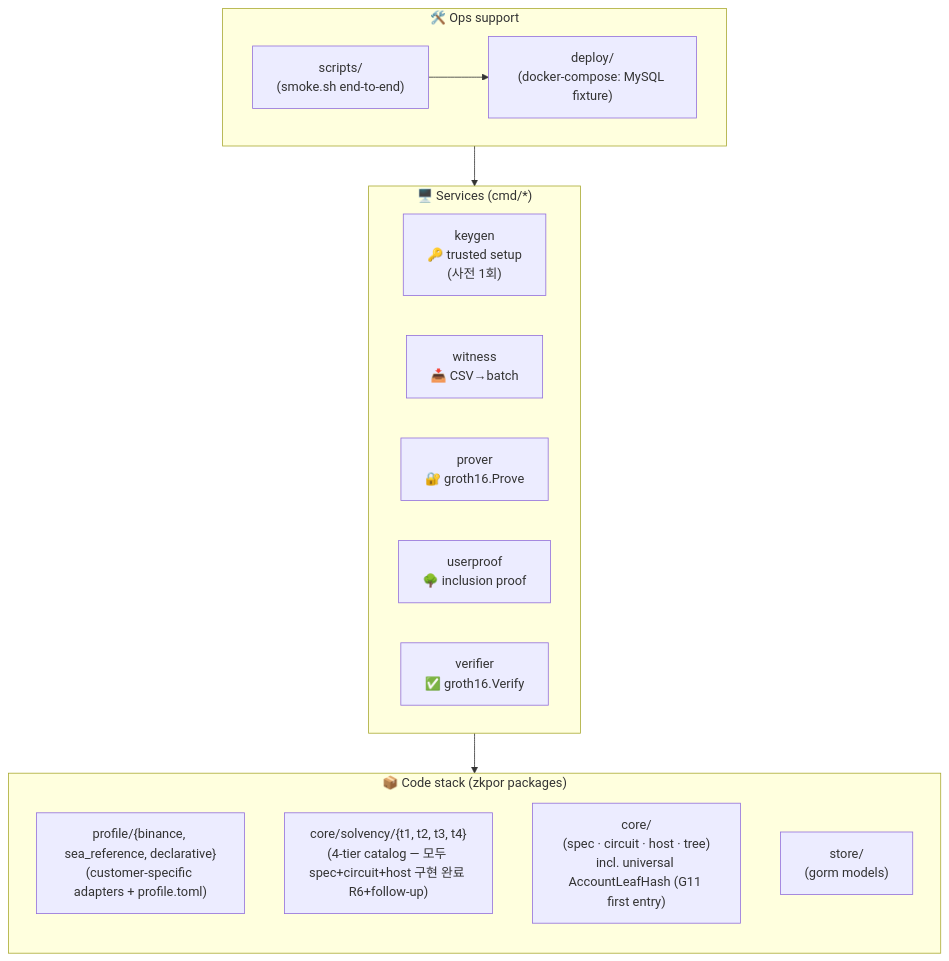
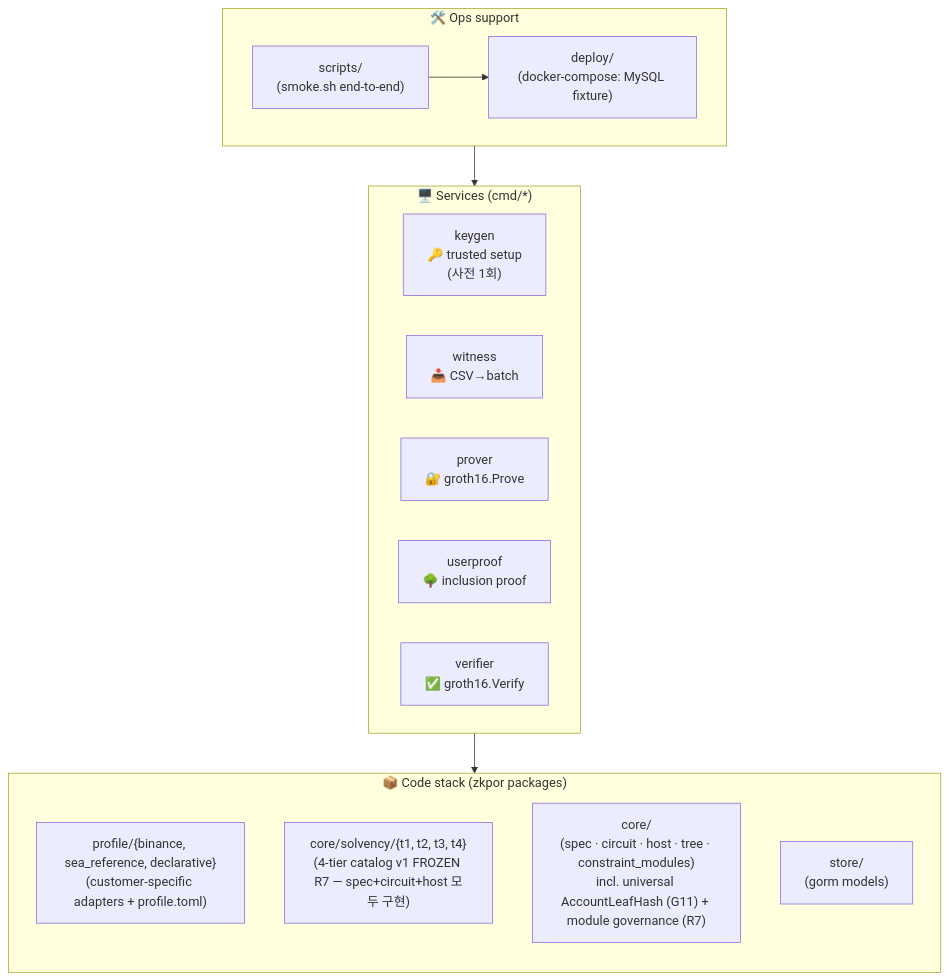
Before and after one commit to BetweenBits-org/zk-pos-ext: the second of 6 diagrams in docs/03-system-architecture.md, drawn with Mermaid. The commit also changed other lines of this file and 2 other files, not shown here.

First line of the commit message:
docs(handoff+roadmap+arch): close R7 — V1 catalog freeze 완료

````diff
--- a/docs/03-system-architecture.md
+++ b/docs/03-system-architecture.md
@@ -43,29 +52,29 @@
 ```mermaid
 flowchart TB
   subgraph Services["🖥️ Services (cmd/*)"]
     direction LR
     K["keygen<br/>🔑 trusted setup<br/>(사전 1회)"]
     W["witness<br/>📥 CSV→batch"]
     P["prover<br/>🔐 groth16.Prove"]
     U["userproof<br/>🌳 inclusion proof"]
     V["verifier<br/>✅ groth16.Verify"]
   end
 
   subgraph Code["📦 Code stack (zkpor packages)"]
     direction TB
     Profile["profile/{binance, sea_reference, declarative}<br/>(customer-specific adapters + profile.toml)"]
-    Model["core/solvency/{t1, t2, t3, t4}<br/>(4-tier catalog — 모두 spec+circuit+host 구현 완료 R6+follow-up)"]
-    Universal["core/<br/>(spec · circuit · host · tree)<br/>incl. universal AccountLeafHash (G11 first entry)"]
+    Model["core/solvency/{t1, t2, t3, t4}<br/>(4-tier catalog v1 FROZEN R7 — spec+circuit+host 모두 구현)"]
+    Universal["core/<br/>(spec · circuit · host · tree · constraint_modules)<br/>incl. universal AccountLeafHash (G11) + module governance (R7)"]
     Store["store/<br/>(gorm models)"]
   end
 
   subgraph Ops["🛠️ Ops support"]
     direction LR
     Deploy["deploy/<br/>(docker-compose: MySQL fixture)"]
     Scripts["scripts/<br/>(smoke.sh end-to-end)"]
   end
 
   Services --> Code
   Scripts --> Services
   Scripts --> Deploy
 ```
````
